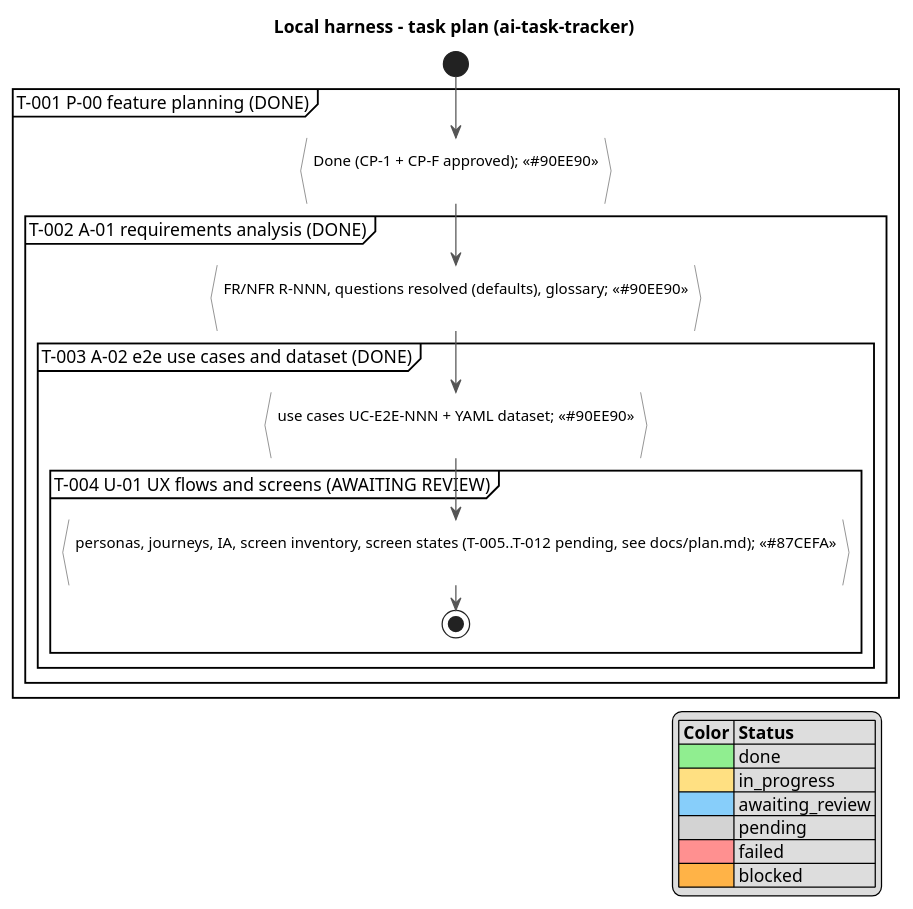
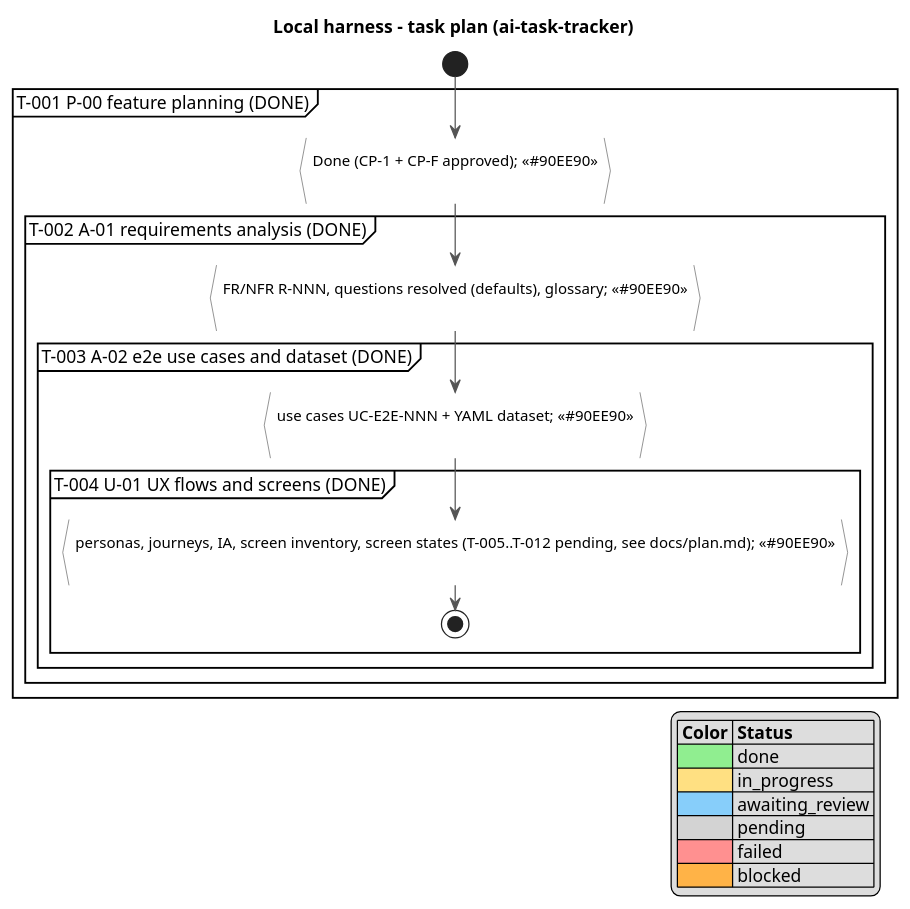
Before and after one commit to serge-sasov/ai-task-tracker: the diagram in docs/activity.puml, drawn with PlantUML. The commit also changed 5 other files, not shown here.

Commit message:
T-004: UX flows and screens (U-01) accepted

```diff
--- a/docs/activity.puml
+++ b/docs/activity.puml
@@ -1,32 +1,32 @@
 @startuml
 skinparam defaultFontName Segoe UI
 skinparam ActivityBackgroundColor #FFFFFF
 skinparam ActivityBorderColor #555555
 skinparam ArrowColor #555555
 title Local harness - task plan (ai-task-tracker)
 
 start
 partition "T-001 P-00 feature planning (DONE)" {
   :Done (CP-1 + CP-F approved); <<#90EE90>>
 }
 partition "T-002 A-01 requirements analysis (DONE)" {
   :FR/NFR R-NNN, questions resolved (defaults), glossary; <<#90EE90>>
 }
 partition "T-003 A-02 e2e use cases and dataset (DONE)" {
   :use cases UC-E2E-NNN + YAML dataset; <<#90EE90>>
 }
-partition "T-004 U-01 UX flows and screens (AWAITING REVIEW)" {
-  :personas, journeys, IA, screen inventory, screen states (T-005..T-012 pending, see docs/plan.md); <<#87CEFA>>
+partition "T-004 U-01 UX flows and screens (DONE)" {
+  :personas, journeys, IA, screen inventory, screen states (T-005..T-012 pending, see docs/plan.md); <<#90EE90>>
 }
 stop
 
 legend right
  |= Color |= Status |
  |<#90EE90>| done |
  |<#FFE082>| in_progress |
  |<#87CEFA>| awaiting_review |
  |<#D3D3D3>| pending |
  |<#FF9090>| failed |
  |<#FFB347>| blocked |
 endlegend
 @enduml
```
